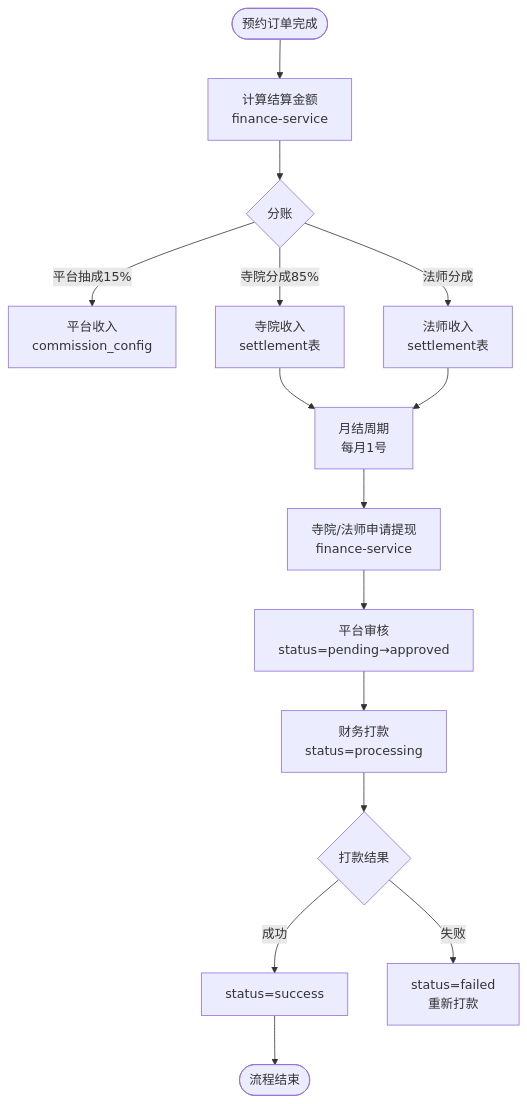
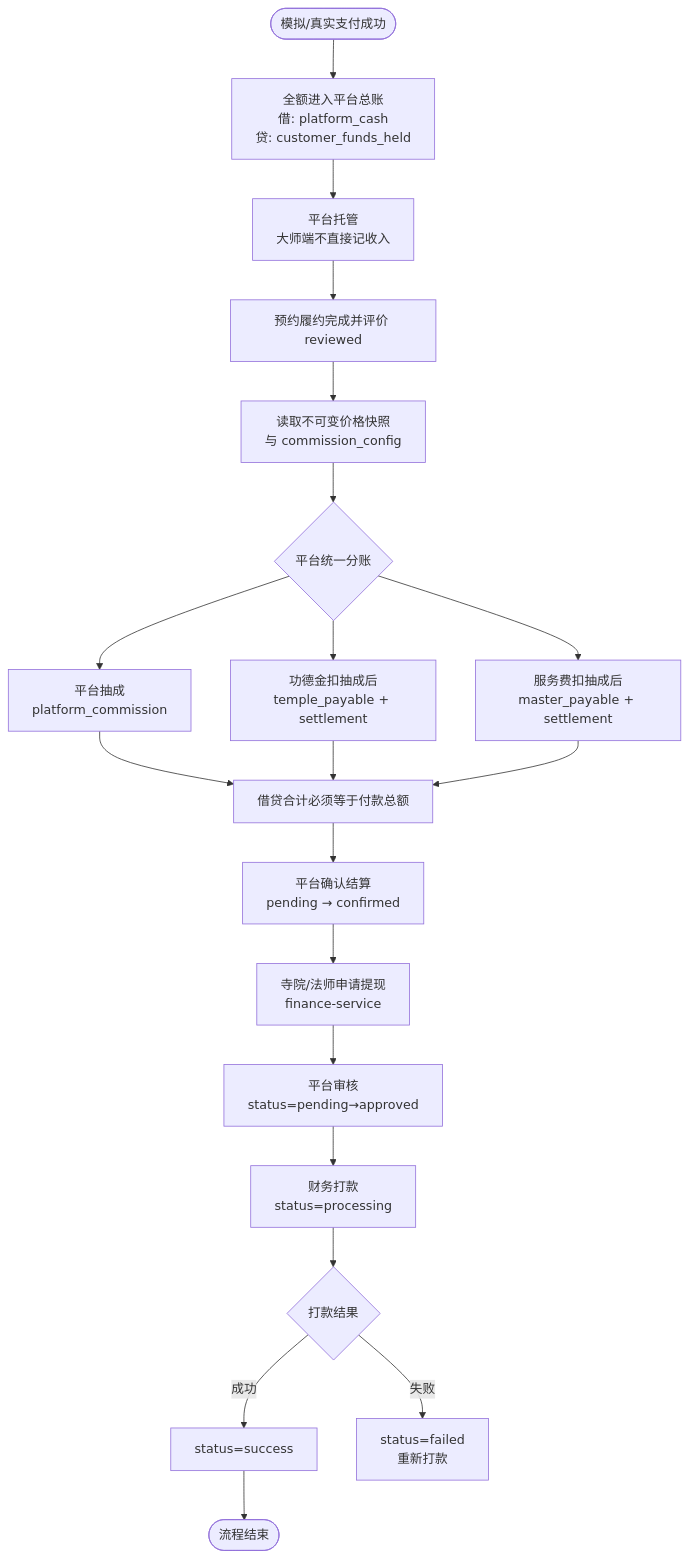
One commit to askxuan-dongfang/askxuan-docs changed the ninth of 13 diagrams in docs/architecture/业务流程.md. Above: the diagram before and after it, drawn with Mermaid. The commit also changed other lines of this file and 10 other files, not shown here.

````diff
--- a/docs/architecture/业务流程.md
+++ b/docs/architecture/业务流程.md
@@ -350,18 +359,23 @@
 ```mermaid
 flowchart TD
-    Start([预约订单完成]) --> Calc[计算结算金额<br/>finance-service]
-    Calc --> Split{分账}
-    Split -->|平台抽成15%| Platform[平台收入<br/>commission_config]
-    Split -->|寺院分成85%| Temple[寺院收入<br/>settlement表]
-    Split -->|法师分成| Master[法师收入<br/>settlement表]
+    Pay([模拟/真实支付成功]) --> Receipt[全额进入平台总账<br/>借: platform_cash<br/>贷: customer_funds_held]
+    Receipt --> Hold[平台托管<br/>大师端不直接记收入]
+    Hold --> Fulfilled[预约履约完成并评价 reviewed]
+    Fulfilled --> Calc[读取不可变价格快照<br/>与 commission_config]
+    Calc --> Split{平台统一分账}
+    Split --> Platform[平台抽成<br/>platform_commission]
+    Split --> Temple[功德金扣抽成后<br/>temple_payable + settlement]
+    Split --> Master[服务费扣抽成后<br/>master_payable + settlement]
 
-    Temple --> Monthly[月结周期<br/>每月1号]
-    Master --> Monthly
-    Monthly --> Withdrawal[寺院/法师申请提现<br/>finance-service]
+    Platform --> Balance[借贷合计必须等于付款总额]
+    Temple --> Balance
+    Master --> Balance
+    Balance --> Confirm[平台确认结算<br/>pending → confirmed]
+    Confirm --> Withdrawal[寺院/法师申请提现<br/>finance-service]
     Withdrawal --> WithdrawalReview[平台审核<br/>status=pending→approved]
     WithdrawalReview --> Process[财务打款<br/>status=processing]
     Process --> Result{打款结果}
     Result -->|成功| Success[status=success]
     Result -->|失败| Failed[status=failed<br/>重新打款]
     Success --> End([流程结束])
 ```
````
